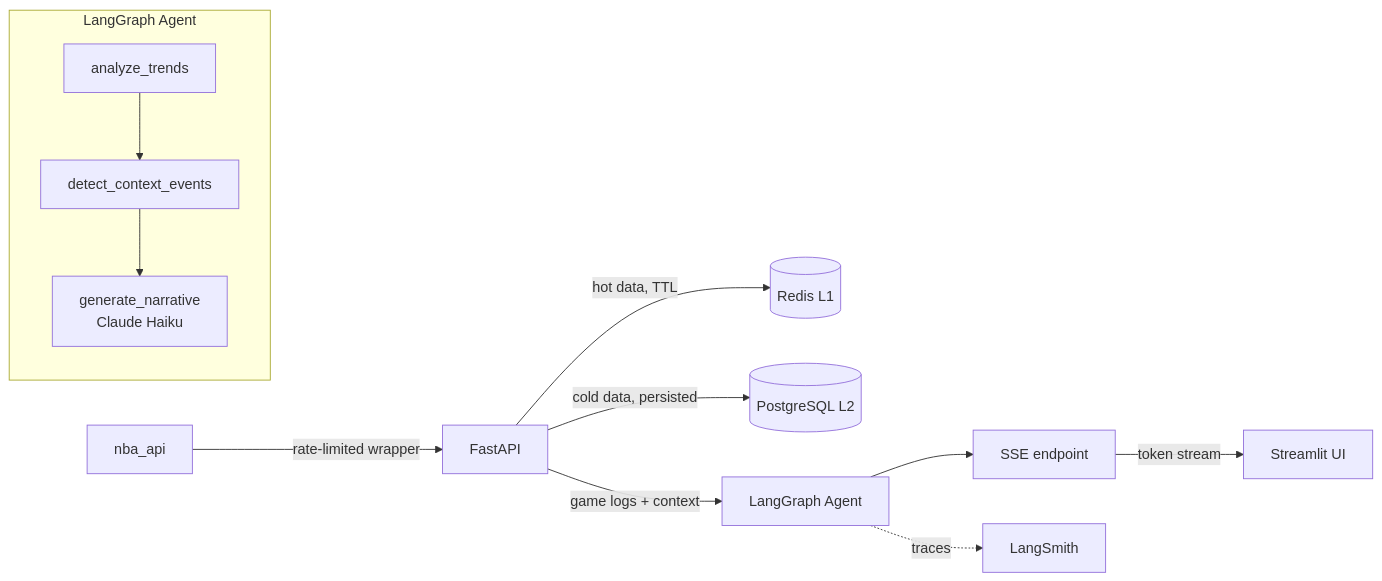
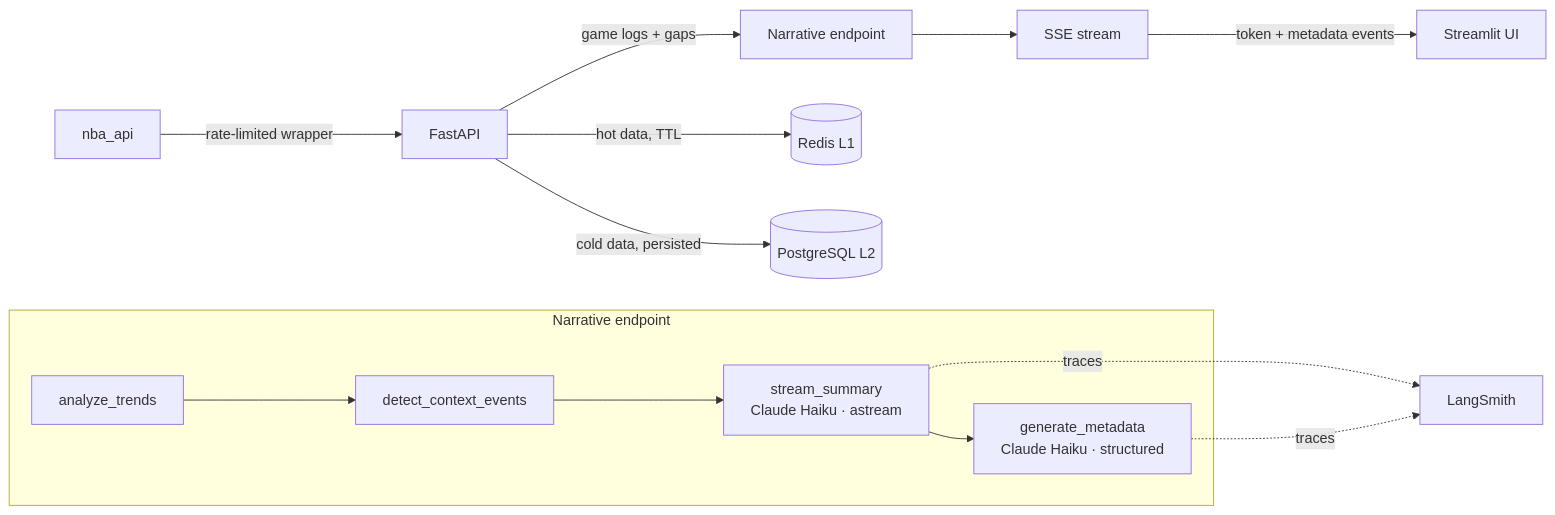
The diagram in README.md (jarekswierek/nba-rookie-dashboard), drawn with Mermaid before and after one commit. The commit also changed other lines of this file and 13 other files, not shown here.

````diff
--- a/README.md
+++ b/README.md
@@ -27,16 +27,18 @@
 ```mermaid
 graph LR
     A[nba_api] -->|rate-limited wrapper| B[FastAPI]
     B -->|hot data, TTL| C[(Redis L1)]
     B -->|cold data, persisted| D[(PostgreSQL L2)]
-    B -->|game logs + context| E[LangGraph Agent]
+    B -->|game logs + gaps| E[Narrative endpoint]
 
-    subgraph LangGraph Agent
+    subgraph Narrative endpoint
         E1[analyze_trends] --> E2[detect_context_events]
-        E2 --> E3[generate_narrative\nClaude Haiku]
+        E2 --> E3[stream_summary\nClaude Haiku · astream]
+        E3 --> E4[generate_metadata\nClaude Haiku · structured]
     end
 
-    E --> F[SSE endpoint]
-    F -->|token stream| G[Streamlit UI]
-    E -.->|traces| H[LangSmith]
+    E --> F[SSE stream]
+    F -->|token + metadata events| G[Streamlit UI]
+    E3 -.->|traces| H[LangSmith]
+    E4 -.->|traces| H
 ```
````
